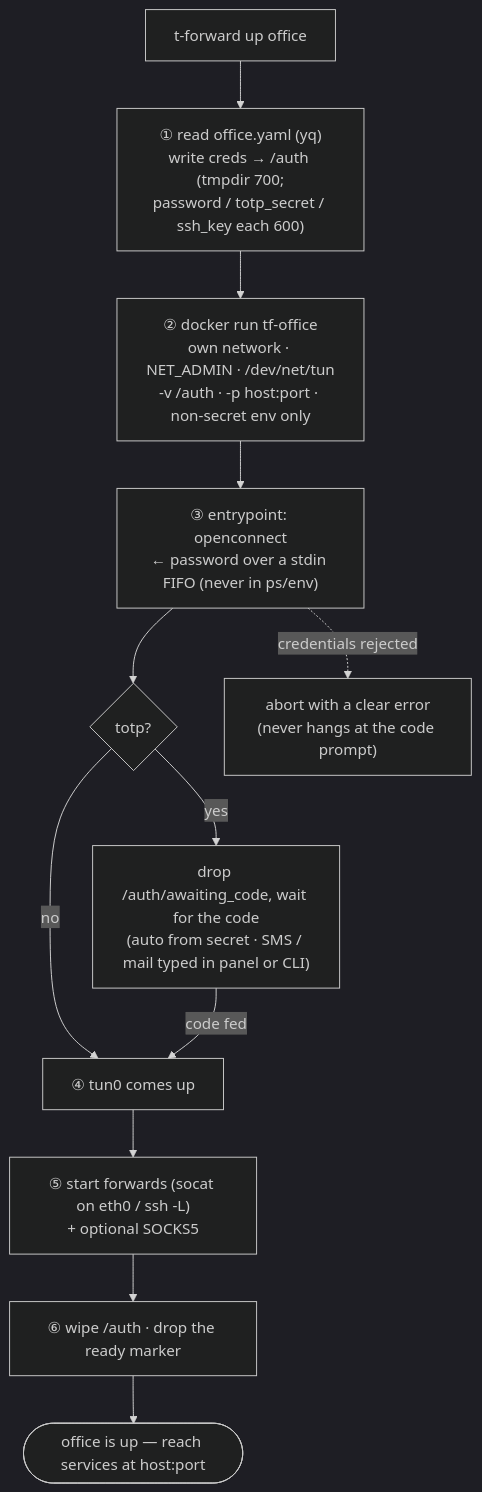
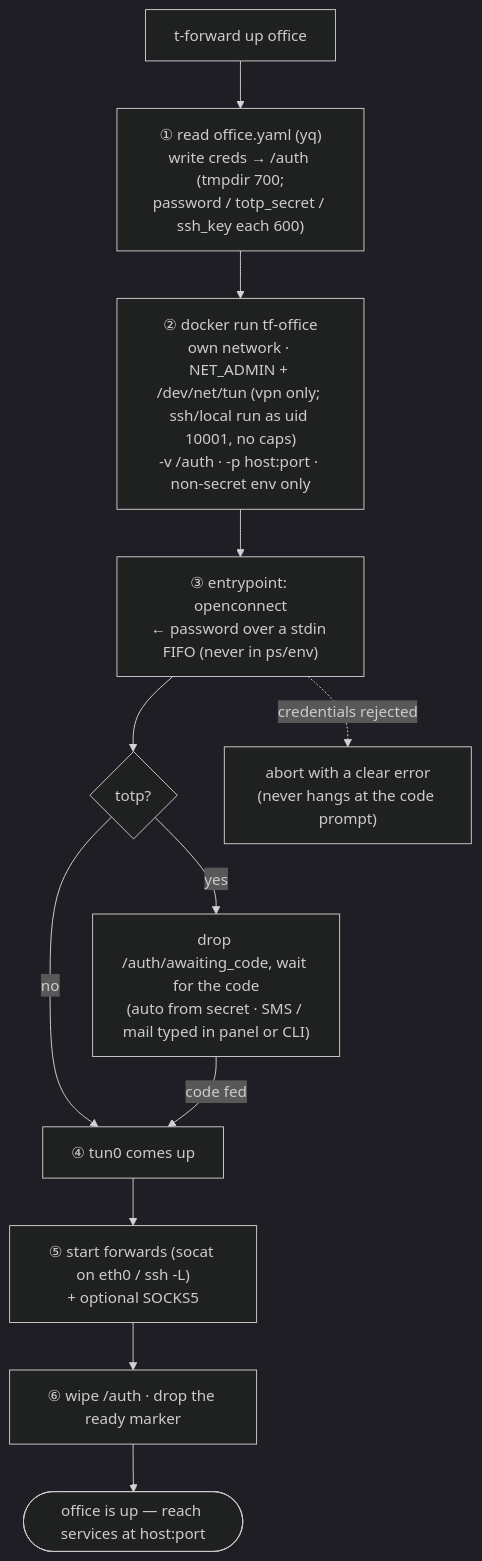
Before and after one commit to Asimatasert/t-forward: the first of 2 diagrams in README.md, drawn with Mermaid (dark theme). The commit also changed other lines of this file and 3 other files, not shown here.

First line of the commit message:
fix(docker): run the image as a non-root user (USER tforward, uid 10001) (#23)

````diff
--- a/README.md
+++ b/README.md
@@ -291,14 +293,14 @@
 ```mermaid
 flowchart TD
     A["t-forward up office"] --> B["① read office.yaml (yq)<br/>write creds → /auth (tmpdir 700;<br/>password / totp_secret / ssh_key each 600)"]
-    B --> C["② docker run tf-office<br/>own network · NET_ADMIN · /dev/net/tun<br/>-v /auth · -p host:port · non-secret env only"]
+    B --> C["② docker run tf-office<br/>own network · NET_ADMIN + /dev/net/tun (vpn only; ssh/local run as uid 10001, no caps)<br/>-v /auth · -p host:port · non-secret env only"]
     C --> D["③ entrypoint: openconnect<br/>← password over a stdin FIFO (never in ps/env)"]
     D --> E{"totp?"}
     E -- "no" --> G["④ tun0 comes up"]
     E -- "yes" --> F["drop /auth/awaiting_code, wait for the code<br/>(auto from secret · SMS / mail typed in panel or CLI)"]
     F -- "code fed" --> G
     G --> H["⑤ start forwards (socat on eth0 / ssh -L)<br/>+ optional SOCKS5"]
     H --> I["⑥ wipe /auth · drop the ready marker"]
     I --> J(["office is up — reach services at host:port"])
     D -. "credentials rejected" .-> X["abort with a clear error<br/>(never hangs at the code prompt)"]
 ```
````
